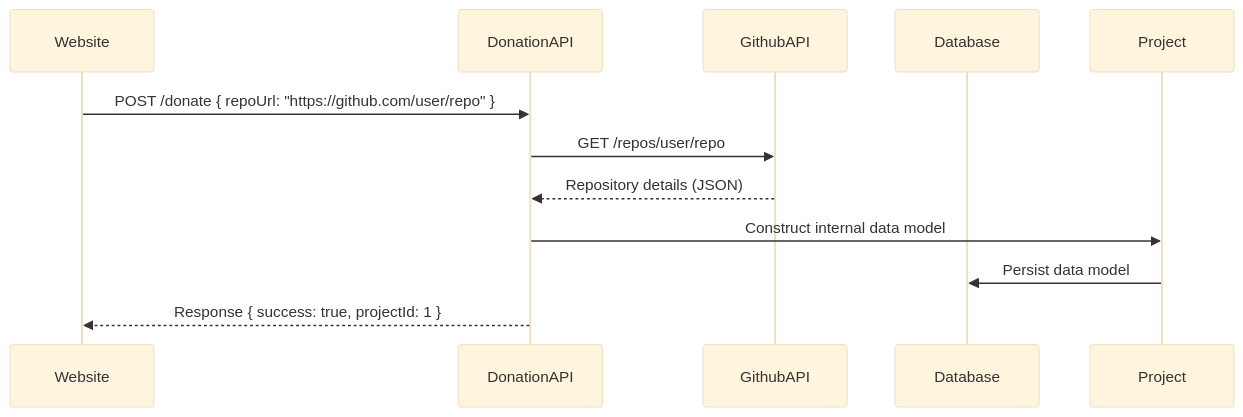
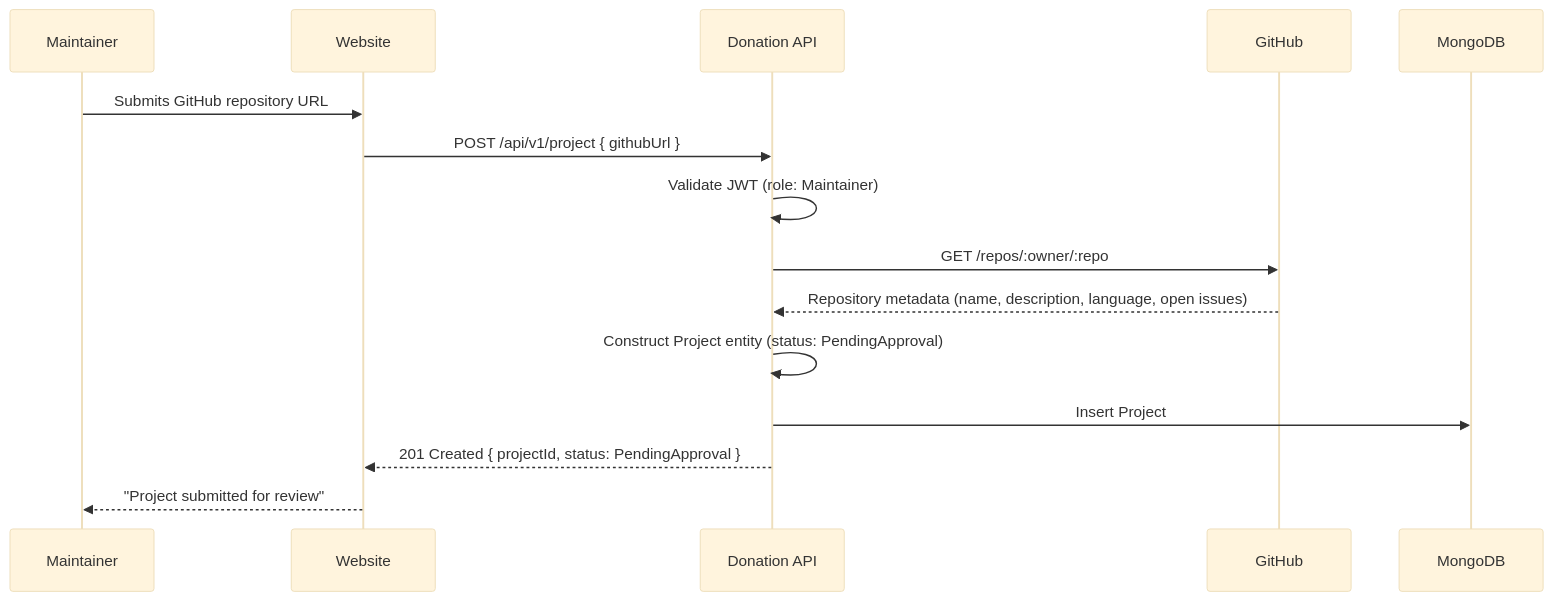
Before and after one commit to wouterfennis/TimeForCode: the first of 6 diagrams in docs/donation/donation-sequence-diagrams.md, drawn with Mermaid (base theme). The commit also changed other lines of this file and 37 other files, not shown here.

Commit message:
Refactor authentication flow documentation and remove pre-commit hook scripts

````diff
--- a/docs/donation/donation-sequence-diagrams.md
+++ b/docs/donation/donation-sequence-diagrams.md
@@ -7,15 +17,18 @@
 ```mermaid
 sequenceDiagram
+    participant Maintainer
     participant Website
-    participant DonationAPI
-    participant GithubAPI
-    participant Database
-    participant Project
+    participant DonationAPI as Donation API
+    participant GitHub
+    participant MongoDB
 
-    Website->>DonationAPI: POST /donate { repoUrl: "https://github.com/user/repo" }
-    DonationAPI->>GithubAPI: GET /repos/user/repo
-    GithubAPI-->>DonationAPI: Repository details (JSON)
-    DonationAPI->>Project: Construct internal data model
-    Project->>Database: Persist data model
-    DonationAPI-->>Website: Response { success: true, projectId: 1 }
+    Maintainer->>Website: Submits GitHub repository URL
+    Website->>DonationAPI: POST /api/v1/project { githubUrl }
+    DonationAPI->>DonationAPI: Validate JWT (role: Maintainer)
+    DonationAPI->>GitHub: GET /repos/:owner/:repo
+    GitHub-->>DonationAPI: Repository metadata (name, description, language, open issues)
+    DonationAPI->>DonationAPI: Construct Project entity (status: PendingApproval)
+    DonationAPI->>MongoDB: Insert Project
+    DonationAPI-->>Website: 201 Created { projectId, status: PendingApproval }
+    Website-->>Maintainer: "Project submitted for review"
 ```
````
